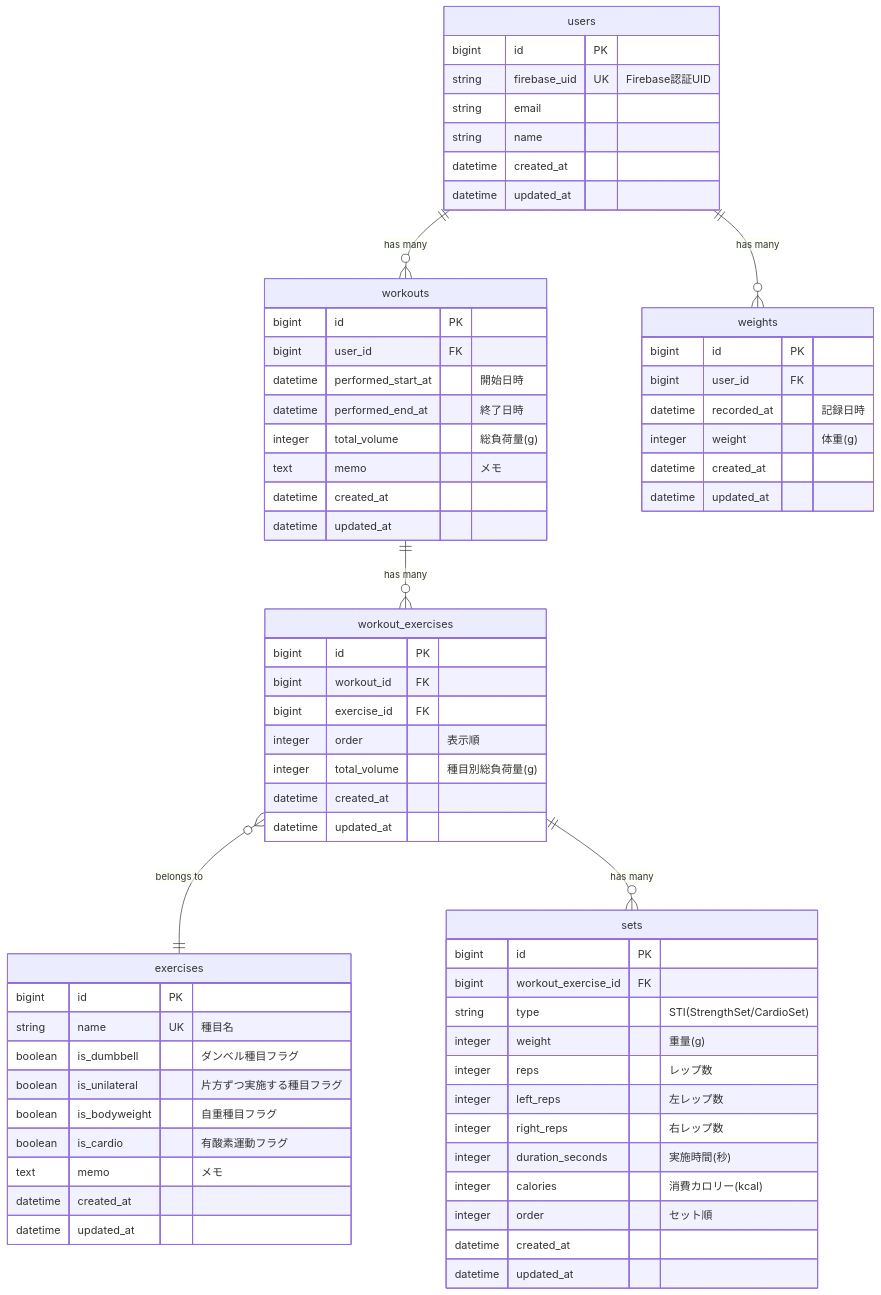
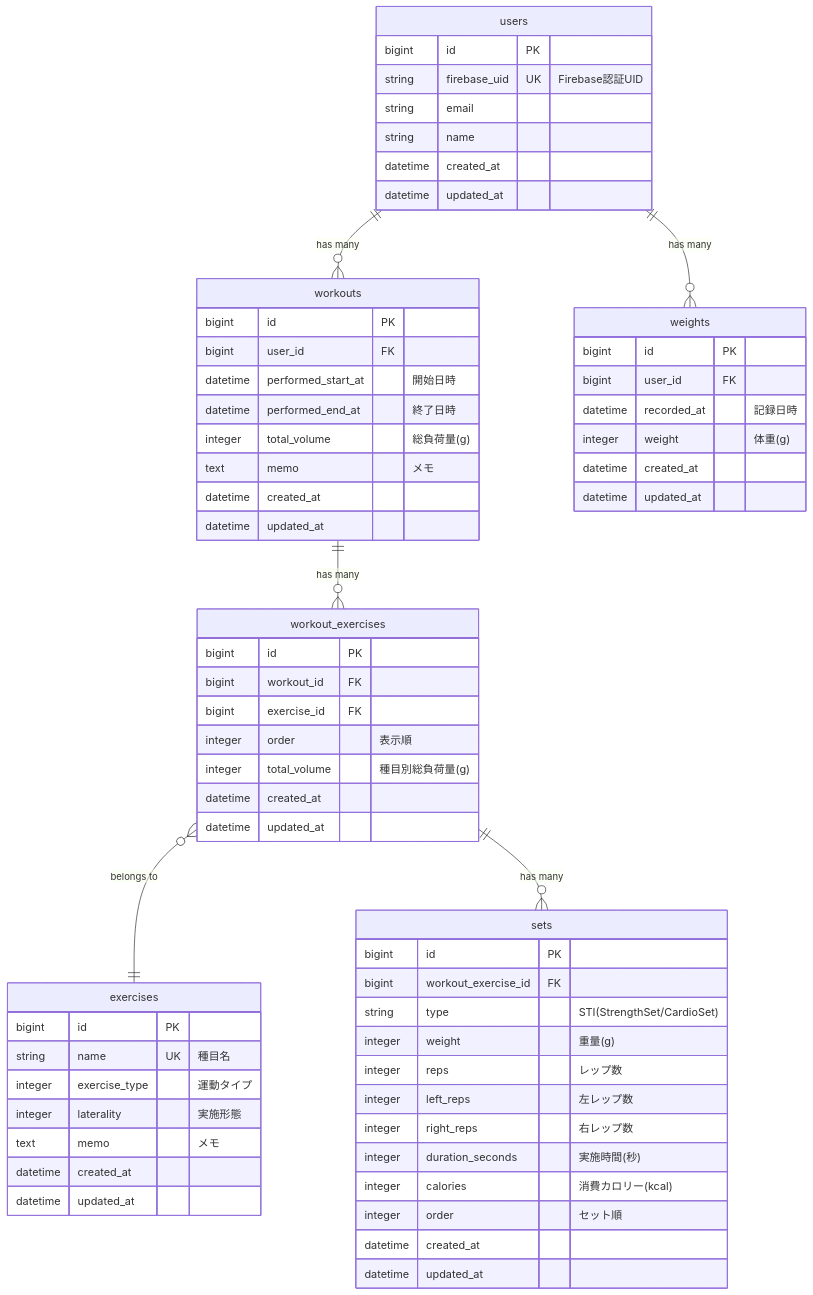
Before and after one commit to ANTON072/gym-note-api: the diagram in docs/データベース設計.md, drawn with Mermaid. The commit also changed other lines of this file and 2 other files, not shown here.

````diff
--- a/docs/データベース設計.md
+++ b/docs/データベース設計.md
@@ -5,74 +5,72 @@
 ```mermaid
 erDiagram
     users ||--o{ workouts : "has many"
     users ||--o{ weights : "has many"
     workouts ||--o{ workout_exercises : "has many"
     workout_exercises }o--|| exercises : "belongs to"
     workout_exercises ||--o{ sets : "has many"
 
     users {
         bigint id PK
         string firebase_uid UK "Firebase認証UID"
         string email
         string name
         datetime created_at
         datetime updated_at
     }
 
     exercises {
         bigint id PK
         string name UK "種目名"
-        boolean is_dumbbell "ダンベル種目フラグ"
-        boolean is_unilateral "片方ずつ実施する種目フラグ"
-        boolean is_bodyweight "自重種目フラグ"
-        boolean is_cardio "有酸素運動フラグ"
+        integer exercise_type "運動タイプ"
+        integer laterality "実施形態"
         text memo "メモ"
         datetime created_at
         datetime updated_at
     }
 
     workouts {
         bigint id PK
         bigint user_id FK
         datetime performed_start_at "開始日時"
         datetime performed_end_at "終了日時"
         integer total_volume "総負荷量(g)"
         text memo "メモ"
         datetime created_at
         datetime updated_at
     }
 
     workout_exercises {
         bigint id PK
         bigint workout_id FK
         bigint exercise_id FK
         integer order "表示順"
         integer total_volume "種目別総負荷量(g)"
         datetime created_at
         datetime updated_at
     }
 
     sets {
         bigint id PK
         bigint workout_exercise_id FK
         string type "STI(StrengthSet/CardioSet)"
         integer weight "重量(g)"
         integer reps "レップ数"
         integer left_reps "左レップ数"
         integer right_reps "右レップ数"
         integer duration_seconds "実施時間(秒)"
         integer calories "消費カロリー(kcal)"
         integer order "セット順"
         datetime created_at
         datetime updated_at
     }
 
     weights {
         bigint id PK
         bigint user_id FK
         datetime recorded_at "記録日時"
         integer weight "体重(g)"
         datetime created_at
         datetime updated_at
     }
 ```
````
